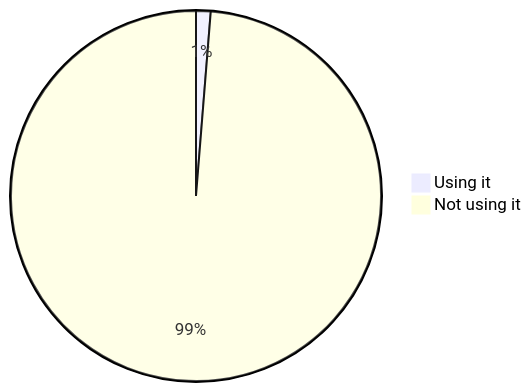
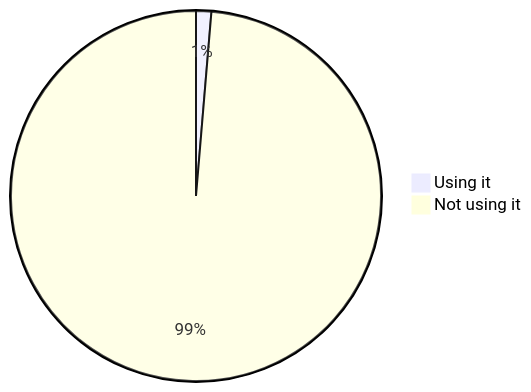
The eighth of 22 diagrams in stats.md (oshp/oshp-stats), drawn with Mermaid before and after one commit. The commit also changed other lines of this file, not shown here.

````diff
--- a/stats.md
+++ b/stats.md
@@ -94,6 +94,6 @@
 ```mermaid
 pie
-	"Using it" : 1.27
-	"Not using it" : 98.73
+	"Using it" : 1.33
+	"Not using it" : 98.67
 
 ```
````
